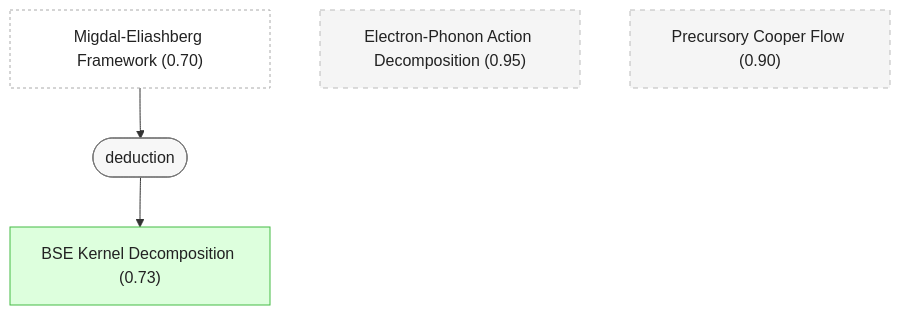
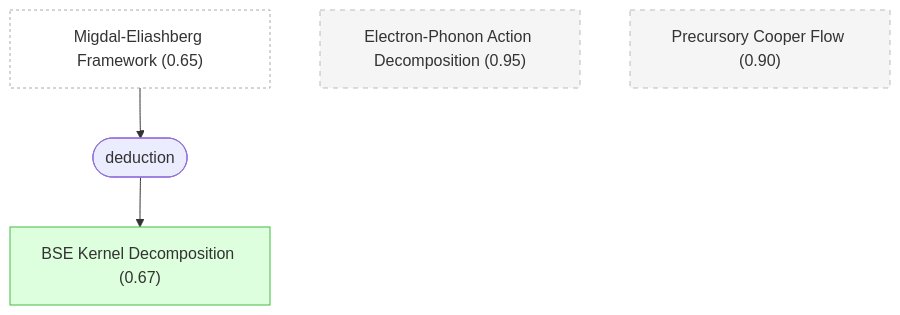
One commit to kunyuan/SuperconductivityElectronLiquids.gaia changed the second of 6 diagrams in README.md. Above: the diagram before and after it, drawn with Mermaid. The commit also changed other lines of this file, not shown here.

Commit message:
docs: regenerate README with induction strategy

````diff
--- a/README.md
+++ b/README.md
@@ -197,22 +195,20 @@
 ```mermaid
 graph TD
-    me_framework["Migdal-Eliashberg Framework (0.70)"]:::external
+    me_framework["Migdal-Eliashberg Framework (0.65)"]:::external
     electron_phonon_action["Electron-Phonon Action Decomposition (0.95)"]:::background
-    bse_kernel_decomposition["BSE Kernel Decomposition (0.73)"]:::derived
+    bse_kernel_decomposition["BSE Kernel Decomposition (0.67)"]:::derived
     precursory_cooper_flow["Precursory Cooper Flow (0.90)"]:::background
-    strat_1(["deduction"]):::strategy
+    strat_1(["deduction"])
     me_framework --> strat_1
     strat_1 --> bse_kernel_decomposition
 
-    classDef setting fill:#f0f0f0,stroke:#999,color:#222
-    classDef premise fill:#ddeeff,stroke:#4488bb,color:#222
-    classDef derived fill:#ddffdd,stroke:#44bb44,color:#222
-    classDef question fill:#fff3dd,stroke:#cc9944,color:#222
-    classDef background fill:#f5f5f5,stroke:#bbb,stroke-dasharray: 5 5,color:#222
-    classDef orphan fill:#fff,stroke:#ccc,stroke-dasharray: 5 5,color:#222
-    classDef external fill:#fff,stroke:#aaa,stroke-dasharray: 3 3,color:#222
-    classDef strategy fill:#f7f7f7,stroke:#777,color:#222
-    classDef operator fill:#f7f7f7,stroke:#777,color:#222
-    classDef weak fill:#fff9c4,stroke:#f9a825,stroke-dasharray: 5 5,color:#222
-    classDef contra fill:#ffebee,stroke:#c62828,color:#222
+    classDef setting fill:#f0f0f0,stroke:#999,color:#333
+    classDef premise fill:#ddeeff,stroke:#4488bb,color:#333
+    classDef derived fill:#ddffdd,stroke:#44bb44,color:#333
+    classDef question fill:#fff3dd,stroke:#cc9944,color:#333
+    classDef background fill:#f5f5f5,stroke:#bbb,stroke-dasharray: 5 5,color:#333
+    classDef orphan fill:#fff,stroke:#ccc,stroke-dasharray: 5 5,color:#333
+    classDef external fill:#fff,stroke:#aaa,stroke-dasharray: 3 3,color:#333
+    classDef weak fill:#fff9c4,stroke:#f9a825,stroke-dasharray: 5 5,color:#333
+    classDef contra fill:#ffebee,stroke:#c62828,color:#333
 ```
````
